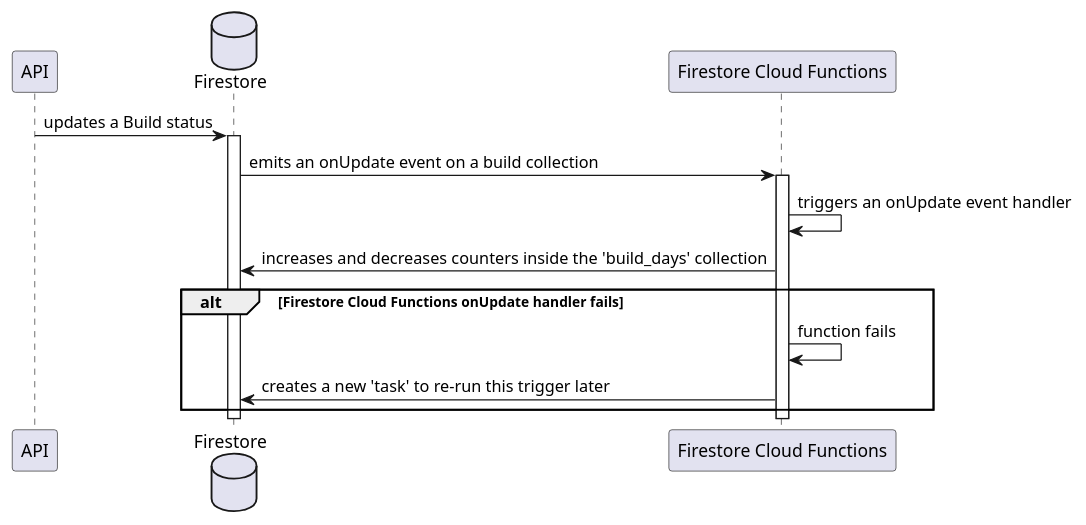
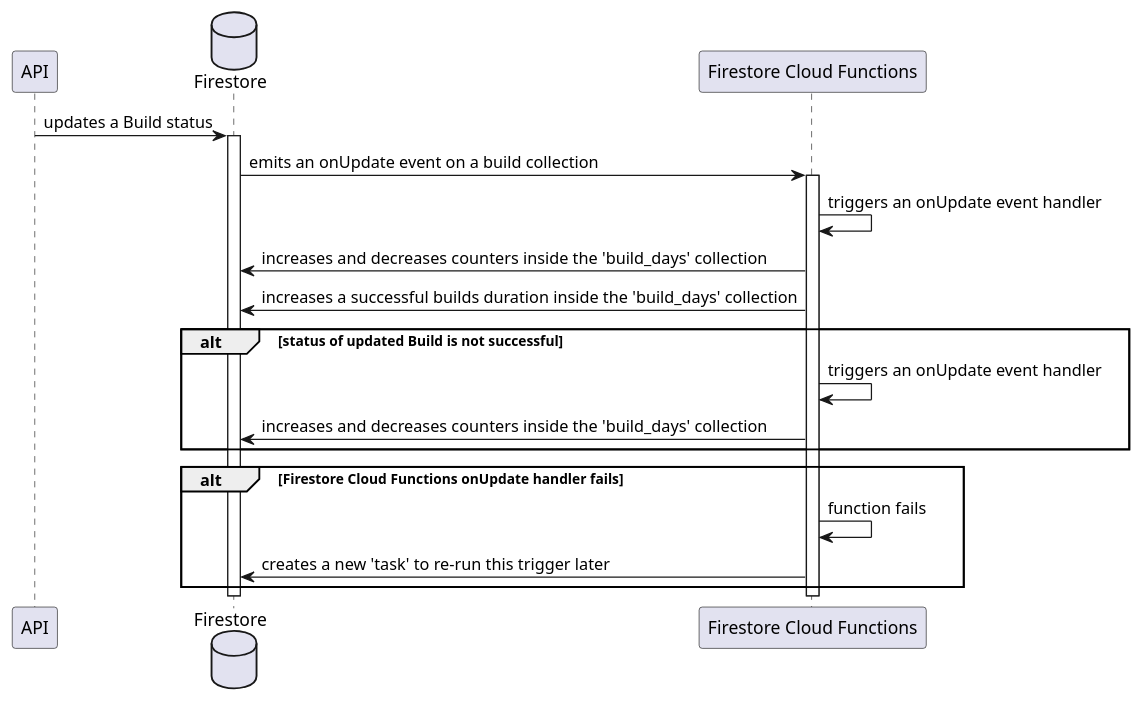
One commit to Flank/flank-dashboard changed the diagram in metrics/firebase/docs/features/builds_aggregation/diagrams/firestore_update_builds_aggregation_sequence_diagram.puml. Above: the diagram before and after it, drawn with PlantUML. The commit also changed 2 other files, not shown here.

Commit message:
Update firestore builds aggregation design

```diff
--- a/metrics/firebase/docs/features/builds_aggregation/diagrams/firestore_update_builds_aggregation_sequence_diagram.puml
+++ b/metrics/firebase/docs/features/builds_aggregation/diagrams/firestore_update_builds_aggregation_sequence_diagram.puml
@@ -1,27 +1,34 @@
 @startuml firestore_update_builds_aggregation_sequence_diagram
     skinparam ParticipantPadding 20
     skinparam BoxPadding 10
 
     participant API
 
     database Firestore
 
     participant "Firestore Cloud Functions" as FCF
 
     API -> Firestore : updates a Build status
     activate Firestore
 
     Firestore -> FCF : emits an onUpdate event on a build collection
     activate FCF
     
     FCF -> FCF : triggers an onUpdate event handler
     FCF -> Firestore : increases and decreases counters inside the 'build_days' collection
+    FCF -> Firestore : increases a successful builds duration inside the 'build_days' collection
+    
+    alt status of updated Build is not successful
+        FCF -> FCF : triggers an onUpdate event handler
+        FCF -> Firestore : increases and decreases counters inside the 'build_days' collection
+    end
+
     alt Firestore Cloud Functions onUpdate handler fails
         FCF -> FCF : function fails
         FCF -> Firestore : creates a new 'task' to re-run this trigger later
     end
 
     deactivate FCF
     deactivate Firestore
 
 @enduml
```
